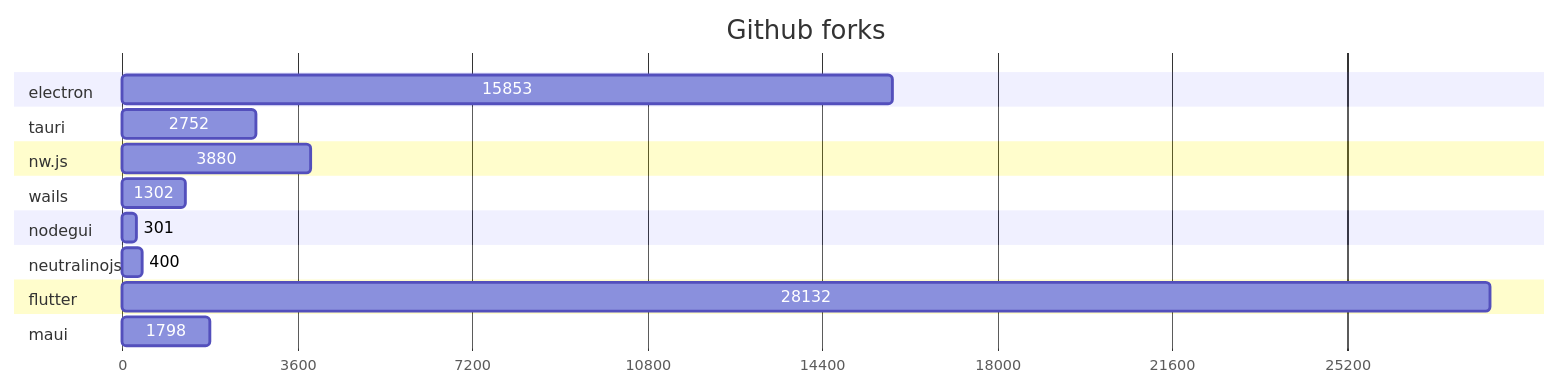
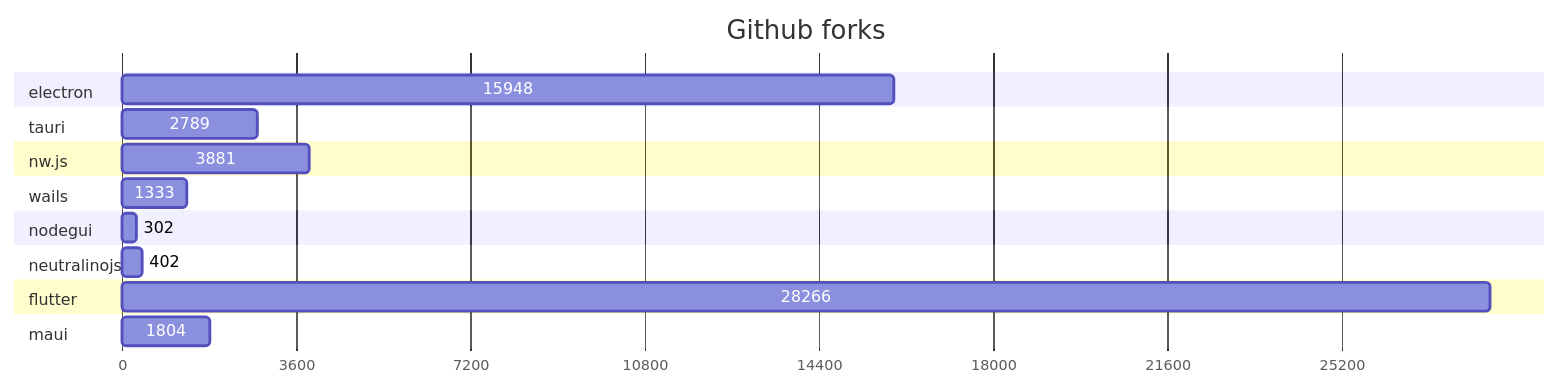
Before and after one commit to Elanis/web-to-desktop-framework-comparison: the second of 2 diagrams in GRAPHS.md, drawn with Mermaid. The commit also changed other lines of this file and 2 other files, not shown here.

Commit message:
Update stars & Fork

````diff
--- a/GRAPHS.md
+++ b/GRAPHS.md
@@ -47,40 +47,40 @@
 ```mermaid
 gantt
     title Github forks
     dateFormat  X
     axisFormat %s
 
 
 	section electron
-	15853 : 0, 15853
+	15948 : 0, 15948
 
 	
 	section tauri
-	2752 : 0, 2752
+	2789 : 0, 2789
 
 	
 	section nw.js
-	3880 : 0, 3880
+	3881 : 0, 3881
 
 	
 	section wails
-	1302 : 0, 1302
+	1333 : 0, 1333
 
 	
 	section nodegui
-	301 : 0, 301
+	302 : 0, 302
 
 	
 	section neutralinojs
-	400 : 0, 400
+	402 : 0, 402
 
 	
 	section flutter
-	28132 : 0, 28132
+	28266 : 0, 28266
 
 	
 	section maui
-	1798 : 0, 1798
+	1804 : 0, 1804
 
 	
 ```
````
